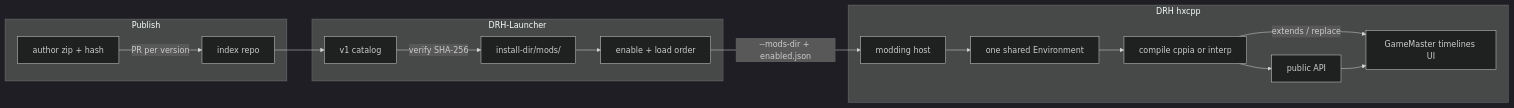
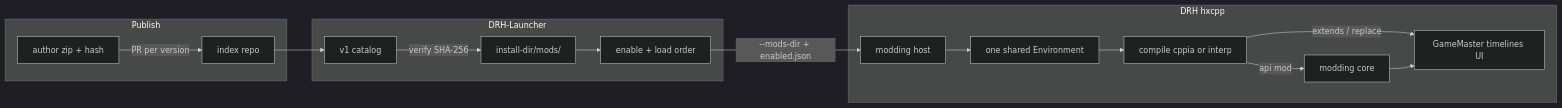
One commit to Tutez64/Dungeon-Rampage-Haxe changed the diagram in docs/modding.md. Above: the diagram before and after it, drawn with Mermaid (dark theme). The commit also changed other lines of this file, not shown here.

First line of the commit message:
Split the modding API into a host core and an official api mod, and freeze mod.json.

````diff
--- a/docs/modding.md
+++ b/docs/modding.md
@@ -54,29 +55,29 @@
 ```mermaid
 flowchart LR
   subgraph publish [Publish]
     author["author zip + hash"]
     index["index repo"]
   end
   subgraph launcher [DRH-Launcher]
     catalog["v1 catalog"]
     modsDir["install-dir/mods/"]
     enabled["enable + load order"]
   end
   subgraph game [DRH hxcpp]
     host["modding host"]
     hxscript["one shared Environment"]
     cppia["compile cppia or interp"]
-    api["public API"]
+    core["modding core"]
     gameCore["GameMaster timelines UI"]
   end
   author -->|"PR per version"| index
   index --> catalog
   catalog -->|"verify SHA-256"| modsDir
   modsDir --> enabled
   enabled -->|"--mods-dir + enabled.json"| host
   host --> hxscript
   hxscript --> cppia
-  cppia --> api
+  cppia -->|"api mod"| core
   cppia -->|"extends / replace"| gameCore
-  api --> gameCore
+  core --> gameCore
 ```
````
